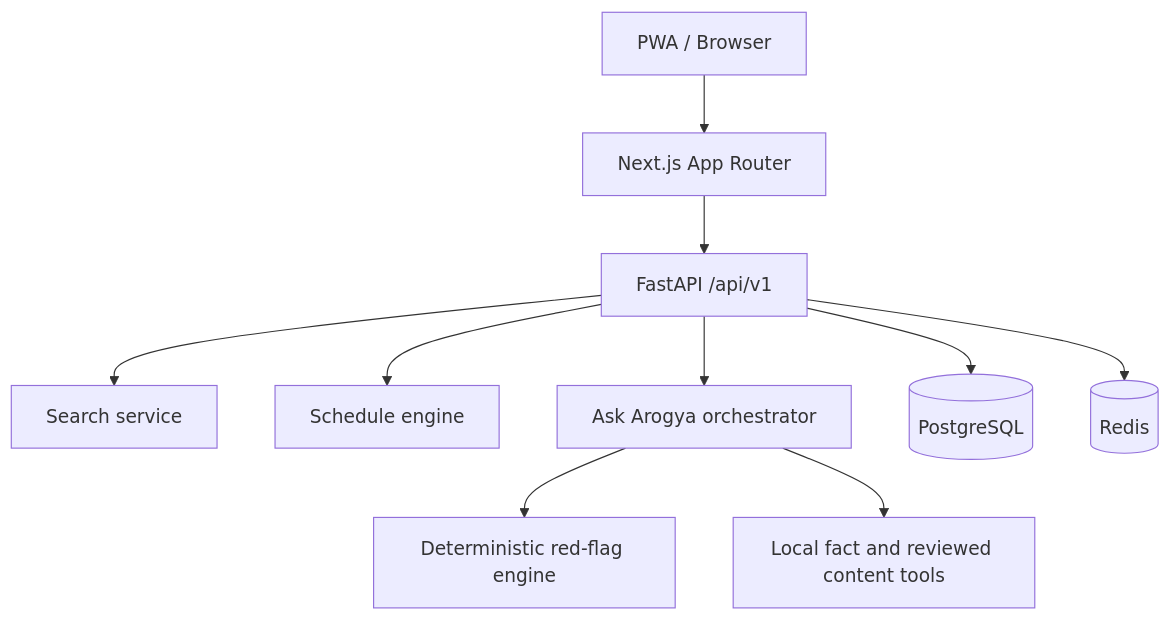
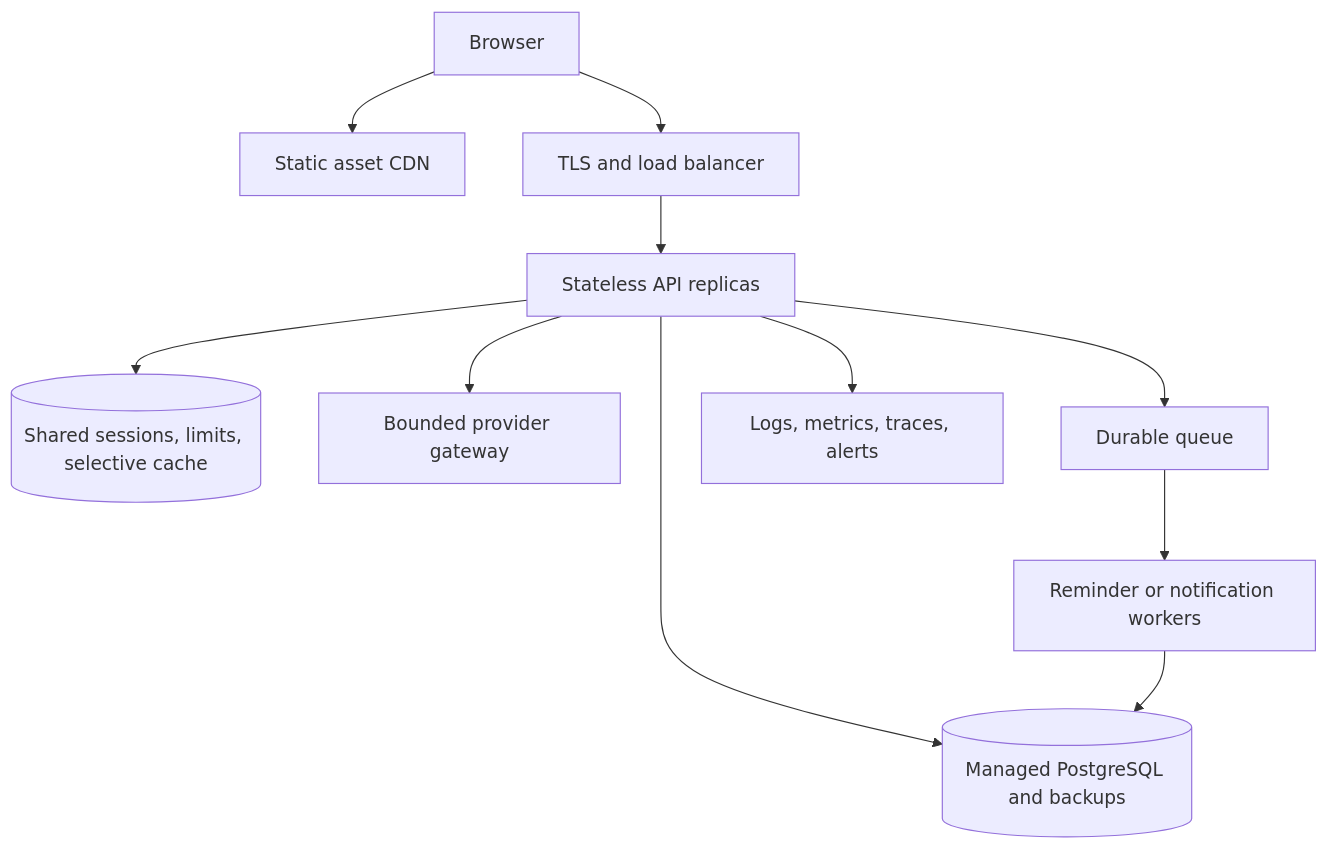
The ninth of 9 diagrams in README.md (Payoshnee/PANDHARKAWDA-AROGYA), drawn with Mermaid before and after one commit. The commit also changed other lines of this file, not shown here.

````diff
--- a/README.md
+++ b/README.md
@@ -7,12 +652,13 @@
 ```mermaid
-flowchart TD
-  Browser[PWA / Browser] --> Web[Next.js App Router]
-  Web --> API[FastAPI /api/v1]
-  API --> Search[Search service]
-  API --> Schedule[Schedule engine]
-  API --> Chat[Ask Arogya orchestrator]
-  Chat --> RedFlags[Deterministic red-flag engine]
-  Chat --> Facts[Local fact and reviewed content tools]
-  API --> DB[(PostgreSQL)]
-  API --> Redis[(Redis)]
+flowchart TB
+    User[Browser] --> CDN[Static asset CDN]
+    User --> Edge[TLS and load balancer]
+    Edge --> API[Stateless API replicas]
+    API --> DB[(Managed PostgreSQL and backups)]
+    API --> Redis[(Shared sessions, limits, selective cache)]
+    API --> AI[Bounded provider gateway]
+    API --> Queue[Durable queue]
+    Queue --> Worker[Reminder or notification workers]
+    Worker --> DB
+    API --> Observe[Logs, metrics, traces, alerts]
 ```
````
